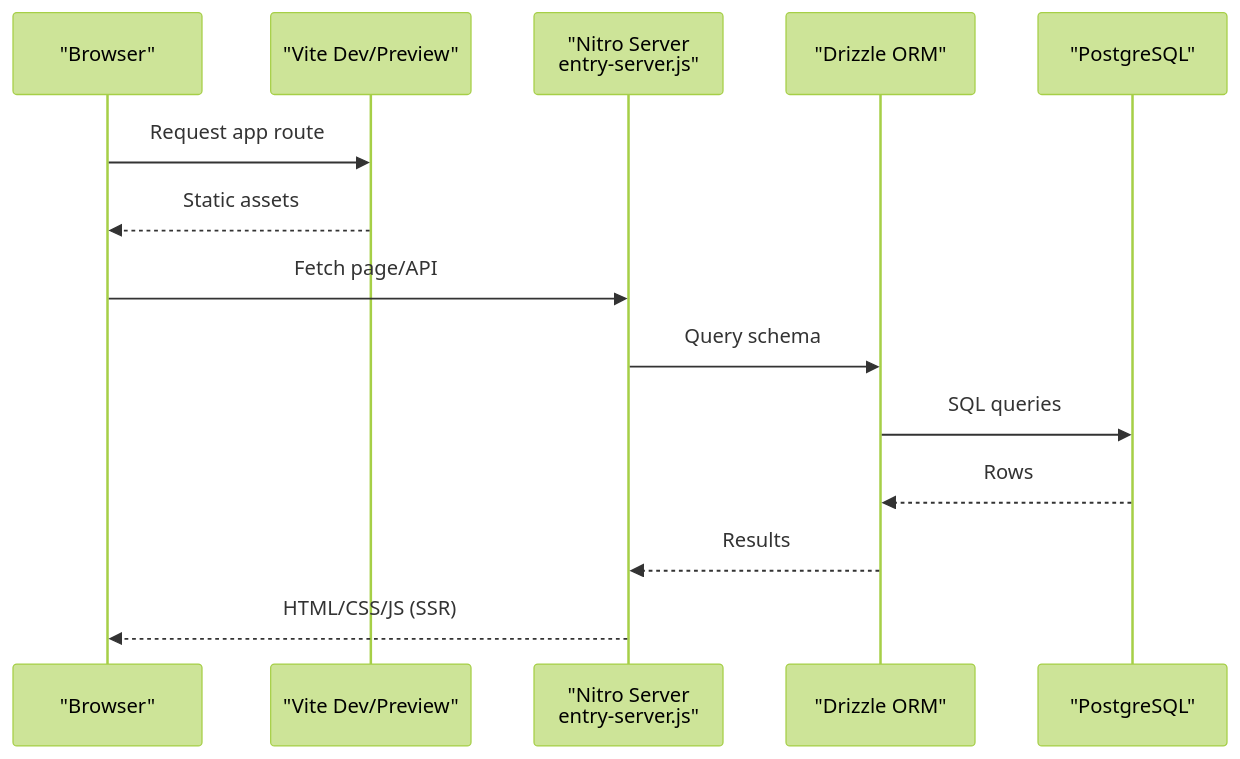
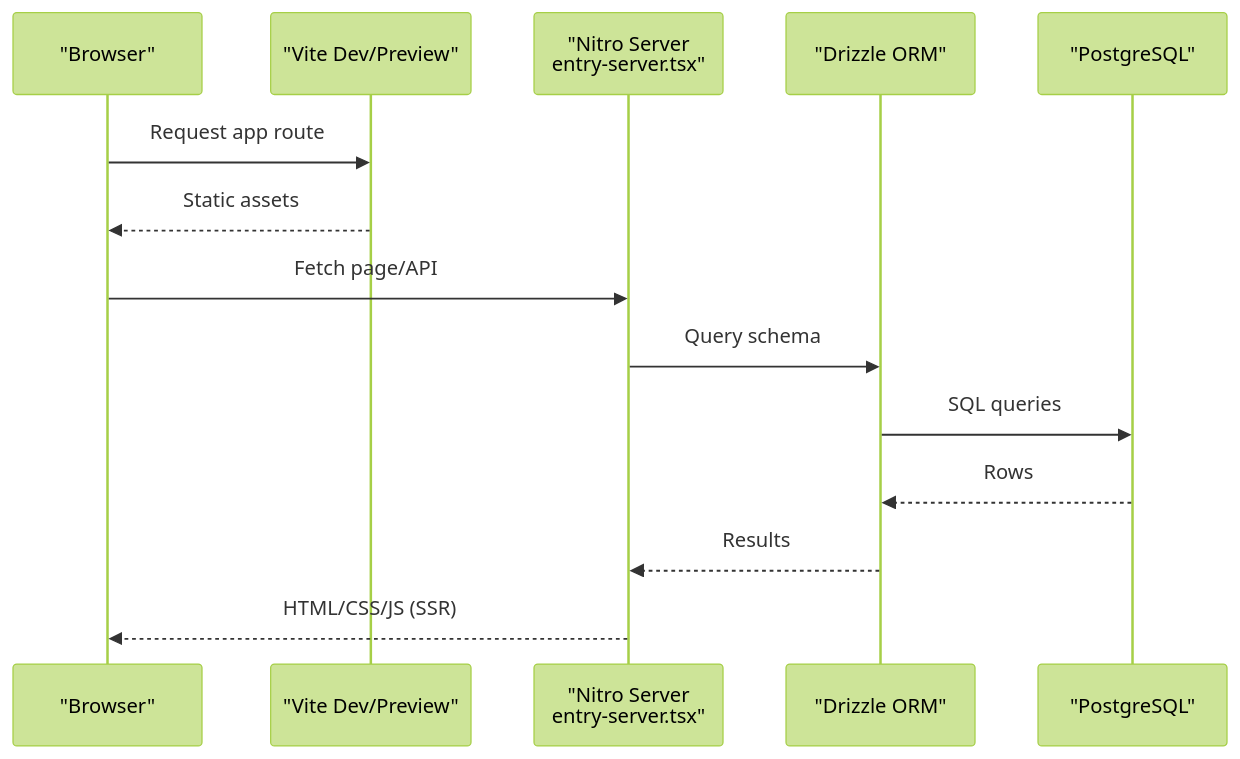
Before and after one commit to riod94/ngepos: the second of 7 diagrams in .qoder/repowiki/en/content/Development Guidelines/Deployment Configuration.md, drawn with Mermaid (forest theme). The commit also changed other lines of this file and 18 other files, not shown here.

````diff
--- a/.qoder/repowiki/en/content/Development Guidelines/Deployment Configuration.md
+++ b/.qoder/repowiki/en/content/Development Guidelines/Deployment Configuration.md
@@ -94,16 +105,16 @@
 ```mermaid
 sequenceDiagram
 participant Browser as "Browser"
 participant Vite as "Vite Dev/Preview"
-participant Nitro as "Nitro Server<br/>entry-server.js"
+participant Nitro as "Nitro Server<br/>entry-server.tsx"
 participant Drizzle as "Drizzle ORM"
 participant PG as "PostgreSQL"
 Browser->>Vite : Request app route
 Vite-->>Browser : Static assets
 Browser->>Nitro : Fetch page/API
 Nitro->>Drizzle : Query schema
 Drizzle->>PG : SQL queries
 PG-->>Drizzle : Rows
 Drizzle-->>Nitro : Results
 Nitro-->>Browser : HTML/CSS/JS (SSR)
 ```
````
